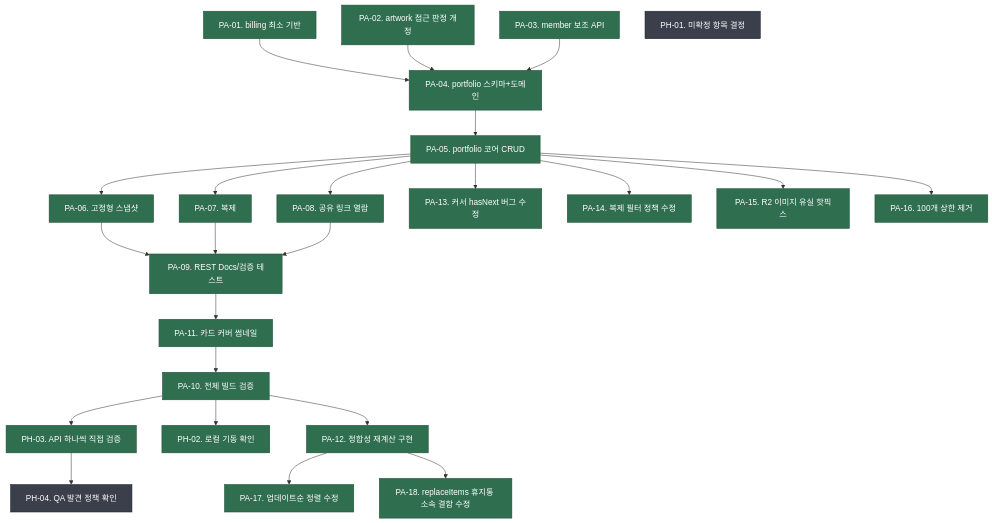
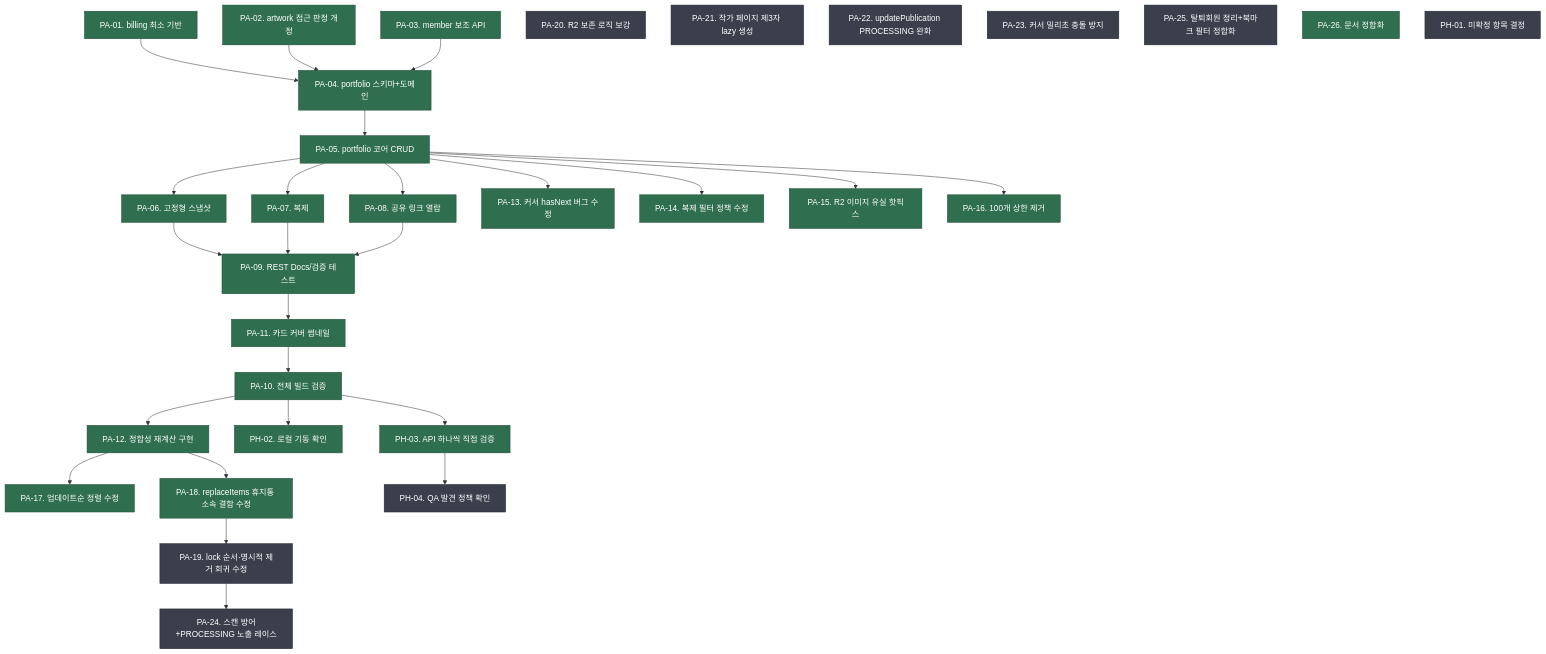
One commit to pack-in/at-crew-backend changed the diagram in plans/260811-portfolio-module/PLAN.md. Above: the diagram before and after it, drawn with Mermaid. The commit also changed 4 other files, not shown here.

````diff
--- a/plans/260811-portfolio-module/PLAN.md
+++ b/plans/260811-portfolio-module/PLAN.md
@@ -1,56 +1,66 @@
 ```mermaid
 graph TD
     PA01["PA-01. billing 최소 기반"]
     PA02["PA-02. artwork 접근 판정 개정"]
     PA03["PA-03. member 보조 API"]
     PA04["PA-04. portfolio 스키마+도메인"]
     PA05["PA-05. portfolio 코어 CRUD"]
     PA06["PA-06. 고정형 스냅샷"]
     PA07["PA-07. 복제"]
     PA08["PA-08. 공유 링크 열람"]
     PA09["PA-09. REST Docs/검증 테스트"]
     PA11["PA-11. 카드 커버 썸네일"]
     PA10["PA-10. 전체 빌드 검증"]
     PA12["PA-12. 정합성 재계산 구현"]
     PA13["PA-13. 커서 hasNext 버그 수정"]
     PA14["PA-14. 복제 필터 정책 수정"]
     PA15["PA-15. R2 이미지 유실 핫픽스"]
     PA16["PA-16. 100개 상한 제거"]
     PA17["PA-17. 업데이트순 정렬 수정"]
     PA18["PA-18. replaceItems 휴지통 소속 결함 수정"]
+    PA19["PA-19. lock 순서·명시적 제거 회귀 수정"]
+    PA20["PA-20. R2 보존 로직 보강"]
+    PA21["PA-21. 작가 페이지 제3자 lazy 생성"]
+    PA22["PA-22. updatePublication PROCESSING 완화"]
+    PA23["PA-23. 커서 밀리초 충돌 방지"]
+    PA24["PA-24. 스캔 방어+PROCESSING 노출 레이스"]
+    PA25["PA-25. 탈퇴회원 정리+북마크 필터 정합화"]
+    PA26["PA-26. 문서 정합화"]
     PH01["PH-01. 미확정 항목 결정"]
     PH02["PH-02. 로컬 기동 확인"]
     PH03["PH-03. API 하나씩 직접 검증"]
     PH04["PH-04. QA 발견 정책 확인"]
 
     PA01 --> PA04
     PA02 --> PA04
     PA03 --> PA04
     PA04 --> PA05
     PA05 --> PA06
     PA05 --> PA07
     PA05 --> PA08
     PA06 --> PA09
     PA07 --> PA09
     PA08 --> PA09
     PA09 --> PA11
     PA11 --> PA10
     PA10 --> PH02
     PA10 --> PH03
     PA10 --> PA12
     PA05 --> PA13
     PA05 --> PA14
     PH03 --> PH04
     PA12 --> PA17
     PA05 --> PA15
     PA05 --> PA16
     PA12 --> PA18
+    PA18 --> PA19
+    PA19 --> PA24
 
     classDef done fill:#2f6f4f,color:#fff,stroke:#1f4d36
     classDef inprogress fill:#8a6d1e,color:#fff,stroke:#5c4a14
     classDef pending fill:#3a3f4b,color:#fff,stroke:#20232b
     class PA01,PA02,PA03,PA04,PA05,PA06,PA07,PA08,PA09,PA11,PA10,PH02,PH03 done
-    class PA12,PA13,PA14,PA15,PA16,PA17,PA18 done
-    class PH04 pending
+    class PA12,PA13,PA14,PA15,PA16,PA17,PA18,PA26 done
+    class PA19,PA20,PA21,PA22,PA23,PA24,PA25,PH04 pending
     class PH01 pending
 ```
````
